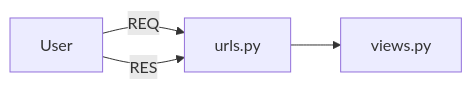
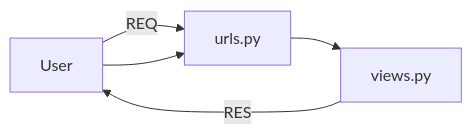
Before and after one commit to siddharthkumarrai/Django_Guide: the diagram in README.md, drawn with Mermaid.

````diff
--- a/README.md
+++ b/README.md
@@ -35,5 +35,6 @@
 ```mermaid
 flowchart LR
     User -->|REQ| urls.py --> views.py
-    User -->|RES| urls.py
+    User --> urls.py
+    views.py -->|RES| User
 ```
````
